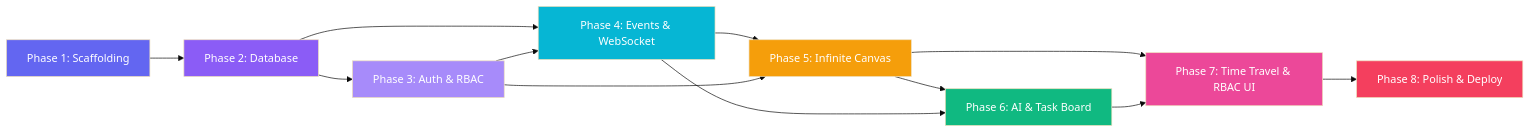
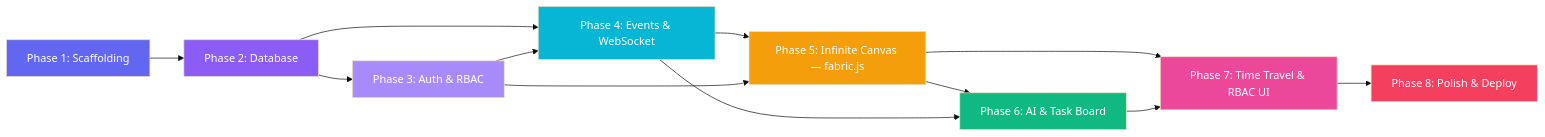
One commit to haniyashafiq/LIGMA changed the diagram in implementation_plan_ligma_tasks.md. Above: the diagram before and after it, drawn with Mermaid (base theme). The commit also changed other lines of this file, not shown here.

Commit message:
updated implementation plan for canvas to use fabric.js

````diff
--- a/implementation_plan_ligma_tasks.md
+++ b/implementation_plan_ligma_tasks.md
@@ -546,23 +587,23 @@
 ```mermaid
 graph LR
     P1[Phase 1: Scaffolding] --> P2[Phase 2: Database]
     P2 --> P3[Phase 3: Auth & RBAC]
     P2 --> P4[Phase 4: Events & WebSocket]
     P3 --> P4
-    P4 --> P5[Phase 5: Infinite Canvas]
+    P4 --> P5[Phase 5: Infinite Canvas — fabric.js]
     P3 --> P5
     P5 --> P6[Phase 6: AI & Task Board]
     P4 --> P6
     P5 --> P7[Phase 7: Time Travel & RBAC UI]
     P6 --> P7
     P7 --> P8[Phase 8: Polish & Deploy]
 
     style P1 fill:#6366f1,color:#fff
     style P2 fill:#8b5cf6,color:#fff
     style P3 fill:#a78bfa,color:#fff
     style P4 fill:#06b6d4,color:#fff
     style P5 fill:#f59e0b,color:#fff
     style P6 fill:#10b981,color:#fff
     style P7 fill:#ec4899,color:#fff
     style P8 fill:#f43f5e,color:#fff
 ```
````
